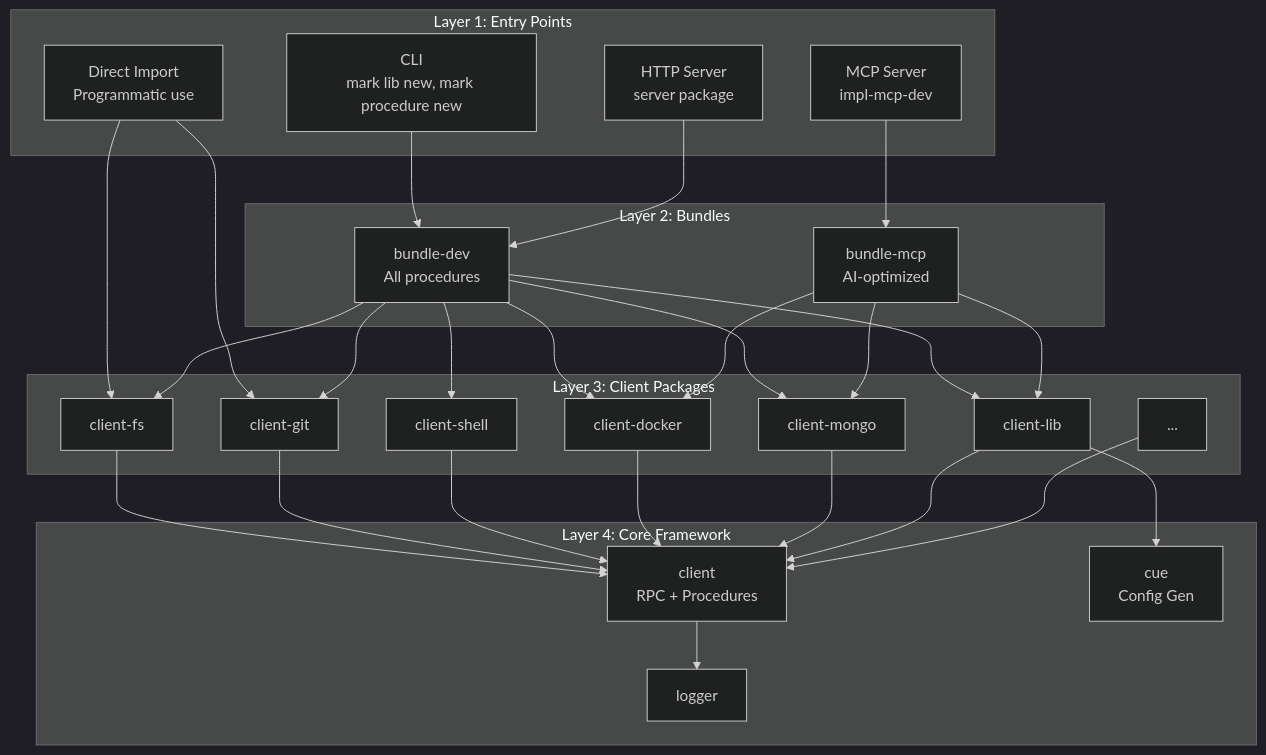
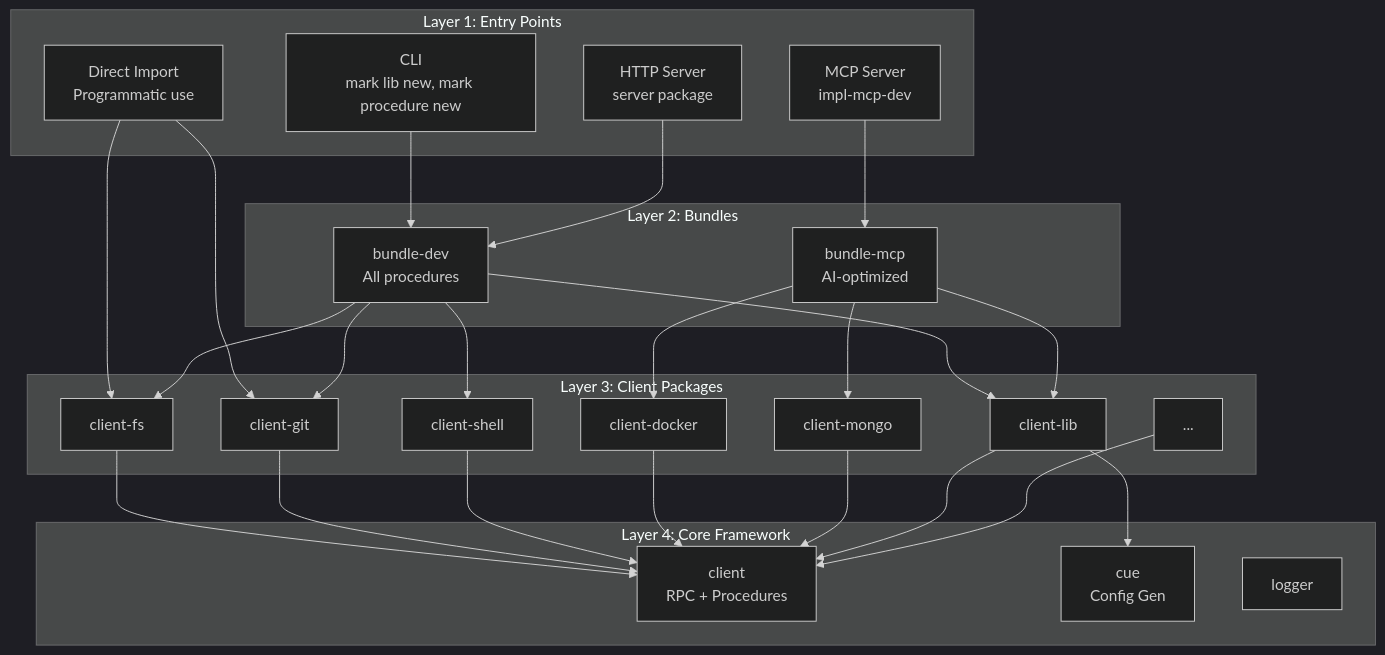
Before and after one commit to mark1russell7/client: the first of 7 diagrams in packages/documentation/ARCHITECTURE.md, drawn with Mermaid (dark theme). The commit also changed other lines of this file and 17 other files, not shown here.

````diff
--- a/packages/documentation/ARCHITECTURE.md
+++ b/packages/documentation/ARCHITECTURE.md
@@ -21,58 +27,55 @@
 ```mermaid
 graph TB
     subgraph "Layer 1: Entry Points"
         CLI[CLI<br/>mark lib new, mark procedure new]
         MCP[MCP Server<br/>impl-mcp-dev]
         HTTP[HTTP Server<br/>server package]
         Direct[Direct Import<br/>Programmatic use]
     end
 
     subgraph "Layer 2: Bundles"
         BundleDev[bundle-dev<br/>All procedures]
         BundleMCP[bundle-mcp<br/>AI-optimized]
     end
 
     subgraph "Layer 3: Client Packages"
         ClientFS[client-fs]
         ClientGit[client-git]
         ClientShell[client-shell]
         ClientDocker[client-docker]
         ClientMongo[client-mongo]
         ClientLib[client-lib]
         ClientMore[...]
     end
 
     subgraph "Layer 4: Core Framework"
         Client[client<br/>RPC + Procedures]
         Cue[cue<br/>Config Gen]
         Logger[logger]
     end
 
     CLI --> BundleDev
     MCP --> BundleMCP
     HTTP --> BundleDev
     Direct --> ClientFS
     Direct --> ClientGit
 
+    BundleDev --> ClientShell
     BundleDev --> ClientFS
+    BundleDev --> ClientLib
     BundleDev --> ClientGit
-    BundleDev --> ClientShell
-    BundleDev --> ClientDocker
-    BundleDev --> ClientMongo
-    BundleDev --> ClientLib
 
     BundleMCP --> ClientDocker
     BundleMCP --> ClientMongo
     BundleMCP --> ClientLib
 
     ClientFS --> Client
     ClientGit --> Client
     ClientShell --> Client
     ClientDocker --> Client
     ClientMongo --> Client
     ClientLib --> Client
     ClientMore --> Client
 
-    Client --> Logger
     ClientLib --> Cue
 ```
````
